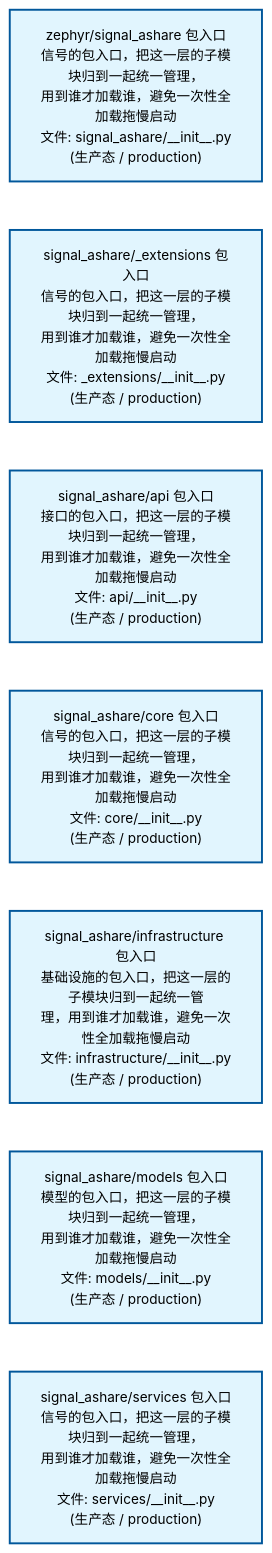
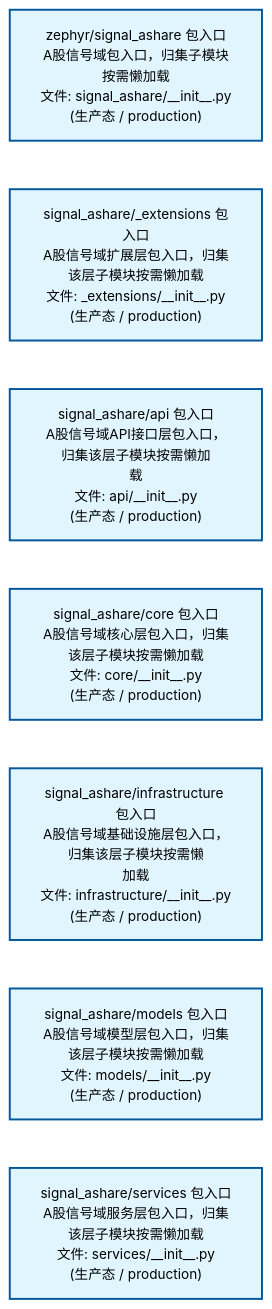
One commit to xuanFelixVan/ZephyrAlpha changed the second of 4 diagrams in docs/02_enterprise_architecture/02_domain_architecture_docs/32_d_ashare_signal.md. Above: the diagram before and after it, drawn with Mermaid. The commit also changed other lines of this file and 63 other files, not shown here.

````diff
--- a/docs/02_enterprise_architecture/02_domain_architecture_docs/32_d_ashare_signal.md
+++ b/docs/02_enterprise_architecture/02_domain_architecture_docs/32_d_ashare_signal.md
@@ -107,22 +107,22 @@
 ```mermaid
 %%{init: {'theme': 'base', 'themeVariables': {'primaryColor': '#eaeaea', 'primaryTextColor': '#333333', 'primaryBorderColor': '#666666', 'lineColor': '#666666', 'secondaryColor': '#eaeaea', 'tertiaryColor': '#eaeaea', 'fontSize': '14px'}}}%%
 flowchart TD
-    src_zephyr_signal_ashare_init_py["zephyr/signal_ashare 包入口<br/>信号的包入口，把这一层的子模块归到一起统一管理，<br/>用到谁才加载谁，避免一次性全加载拖慢启动<br/>文件: signal_ashare/__init__.py<br/>(生产态 / production)"]
-    src_zephyr_signal_ashare_extensions_init_py["signal_ashare/_extensions 包入口<br/>信号的包入口，把这一层的子模块归到一起统一管理，<br/>用到谁才加载谁，避免一次性全加载拖慢启动<br/>文件: _extensions/__init__.py<br/>(生产态 / production)"]
-    src_zephyr_signal_ashare_api_init_py["signal_ashare/api 包入口<br/>接口的包入口，把这一层的子模块归到一起统一管理，<br/>用到谁才加载谁，避免一次性全加载拖慢启动<br/>文件: api/__init__.py<br/>(生产态 / production)"]
-    src_zephyr_signal_ashare_core_init_py["signal_ashare/core 包入口<br/>信号的包入口，把这一层的子模块归到一起统一管理，<br/>用到谁才加载谁，避免一次性全加载拖慢启动<br/>文件: core/__init__.py<br/>(生产态 / production)"]
-    src_zephyr_signal_ashare_infrastructure_init_py["signal_ashare/infrastructure 包入口<br/>基础设施的包入口，把这一层的子模块归到一起统一管<br/>理，用到谁才加载谁，避免一次性全加载拖慢启动<br/>文件: infrastructure/__init__.py<br/>(生产态 / production)"]
-    src_zephyr_signal_ashare_models_init_py["signal_ashare/models 包入口<br/>模型的包入口，把这一层的子模块归到一起统一管理，<br/>用到谁才加载谁，避免一次性全加载拖慢启动<br/>文件: models/__init__.py<br/>(生产态 / production)"]
-    src_zephyr_signal_ashare_services_init_py["signal_ashare/services 包入口<br/>信号的包入口，把这一层的子模块归到一起统一管理，<br/>用到谁才加载谁，避免一次性全加载拖慢启动<br/>文件: services/__init__.py<br/>(生产态 / production)"]
+    src_zephyr_signal_ashare_init_py["zephyr/signal_ashare 包入口<br/>A股信号域包入口，归集子模块按需懒加载<br/>文件: signal_ashare/__init__.py<br/>(生产态 / production)"]
+    src_zephyr_signal_ashare_extensions_init_py["signal_ashare/_extensions 包入口<br/>A股信号域扩展层包入口，归集该层子模块按需懒加载<br/>文件: _extensions/__init__.py<br/>(生产态 / production)"]
+    src_zephyr_signal_ashare_api_init_py["signal_ashare/api 包入口<br/>A股信号域API接口层包入口，归集该层子模块按需懒加<br/>载<br/>文件: api/__init__.py<br/>(生产态 / production)"]
+    src_zephyr_signal_ashare_core_init_py["signal_ashare/core 包入口<br/>A股信号域核心层包入口，归集该层子模块按需懒加载<br/>文件: core/__init__.py<br/>(生产态 / production)"]
+    src_zephyr_signal_ashare_infrastructure_init_py["signal_ashare/infrastructure 包入口<br/>A股信号域基础设施层包入口，归集该层子模块按需懒<br/>加载<br/>文件: infrastructure/__init__.py<br/>(生产态 / production)"]
+    src_zephyr_signal_ashare_models_init_py["signal_ashare/models 包入口<br/>A股信号域模型层包入口，归集该层子模块按需懒加载<br/>文件: models/__init__.py<br/>(生产态 / production)"]
+    src_zephyr_signal_ashare_services_init_py["signal_ashare/services 包入口<br/>A股信号域服务层包入口，归集该层子模块按需懒加载<br/>文件: services/__init__.py<br/>(生产态 / production)"]
     src_zephyr_signal_ashare_init_py ~~~ src_zephyr_signal_ashare_extensions_init_py
     src_zephyr_signal_ashare_extensions_init_py ~~~ src_zephyr_signal_ashare_api_init_py
     src_zephyr_signal_ashare_api_init_py ~~~ src_zephyr_signal_ashare_core_init_py
     src_zephyr_signal_ashare_core_init_py ~~~ src_zephyr_signal_ashare_infrastructure_init_py
     src_zephyr_signal_ashare_infrastructure_init_py ~~~ src_zephyr_signal_ashare_models_init_py
     src_zephyr_signal_ashare_models_init_py ~~~ src_zephyr_signal_ashare_services_init_py
     classDef production fill:#e1f5fe,stroke:#01579b,stroke-width:2px,color:#000
     classDef design fill:#fff3e0,stroke:#e65100,stroke-width:2px,color:#000,stroke-dasharray: 5 5
     classDef external_prod fill:#e8f4fd,stroke:#0277bd,stroke-width:1px,color:#000
     classDef external_design fill:#fff8e7,stroke:#ef6c00,stroke-width:1px,color:#000,stroke-dasharray: 5 5
     class src_zephyr_signal_ashare_init_py,src_zephyr_signal_ashare_extensions_init_py,src_zephyr_signal_ashare_api_init_py,src_zephyr_signal_ashare_core_init_py,src_zephyr_signal_ashare_infrastructure_init_py,src_zephyr_signal_ashare_models_init_py,src_zephyr_signal_ashare_services_init_py production
 ```
````
